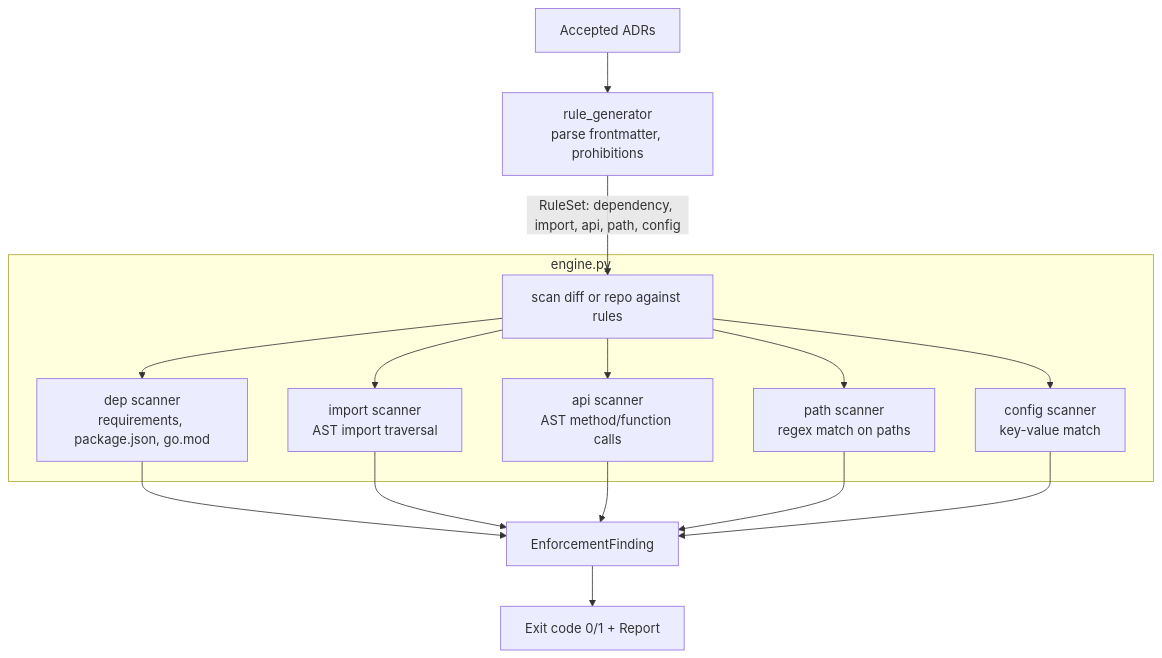
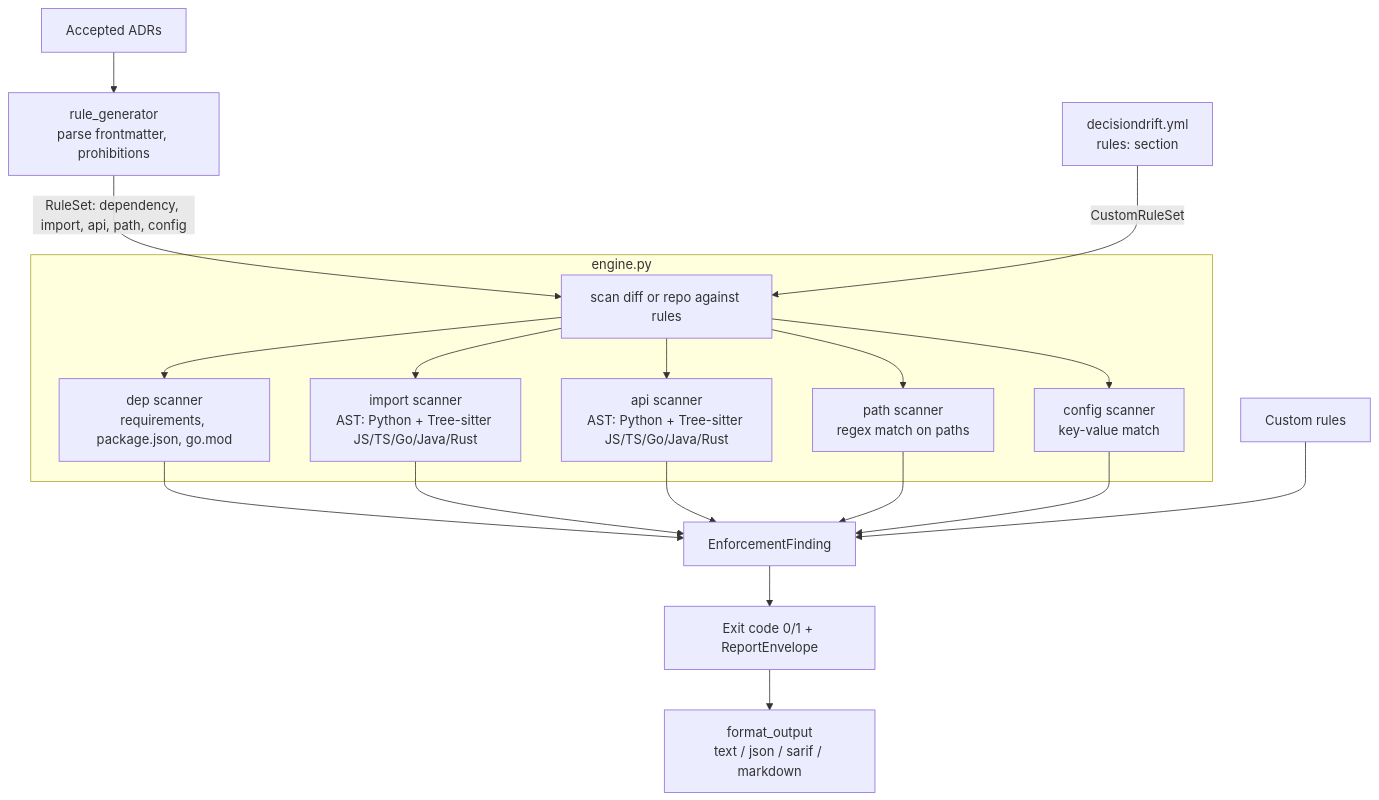
Before and after one commit to madhan-karthikeyan/DecisionDrift: the third of 5 diagrams in docs/architecture.md, drawn with Mermaid. The commit also changed other lines of this file and 8 other files, not shown here.

````diff
--- a/docs/architecture.md
+++ b/docs/architecture.md
@@ -80,23 +88,27 @@
 ```mermaid
 graph TD
     A[Accepted ADRs] --> RG
     
     RG[rule_generator<br>parse frontmatter, prohibitions] --> |RuleSet: dependency, import, api, path, config| E
     
     subgraph engine.py
         E[scan diff or repo against rules]
         E --> D[dep scanner<br>requirements, package.json, go.mod]
-        E --> I[import scanner<br>AST import traversal]
-        E --> API[api scanner<br>AST method/function calls]
+        E --> I[import scanner<br>AST: Python + Tree-sitter JS/TS/Go/Java/Rust]
+        E --> API[api scanner<br>AST: Python + Tree-sitter JS/TS/Go/Java/Rust]
         E --> P[path scanner<br>regex match on paths]
         E --> C[config scanner<br>key-value match]
     end
+
+    CFG[decisiondrift.yml<br>rules: section] --> |CustomRuleSet| E
     
     D --> F[EnforcementFinding]
     I --> F
     API --> F
     P --> F
     C --> F
+    CR[Custom rules] --> F
     
-    F --> X[Exit code 0/1 + Report]
+    F --> X[Exit code 0/1 + ReportEnvelope]
+    X --> FM[format_output<br>text / json / sarif / markdown]
 ```
````
